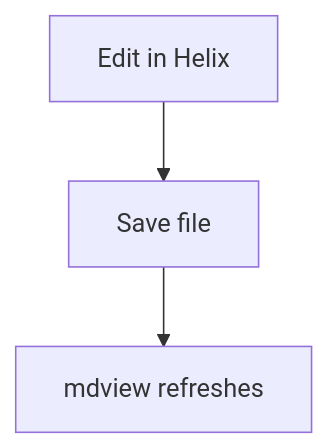
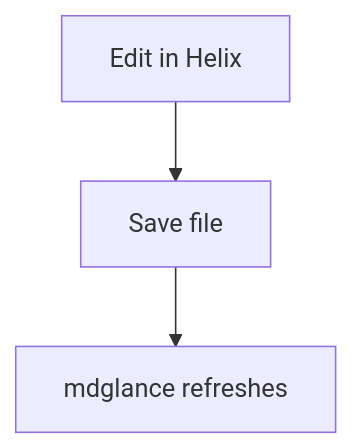
The diagram in examples/sample.md (NepomukWolf/mdglance), drawn with Mermaid before and after one commit. The commit also changed other lines of this file and 10 other files, not shown here.

````diff
--- a/examples/sample.md
+++ b/examples/sample.md
@@ -5,5 +5,5 @@
 ```mermaid
 flowchart TD
   A[Edit in Helix] --> B[Save file]
-  B --> C[mdview refreshes]
+  B --> C[mdglance refreshes]
 ```
````
